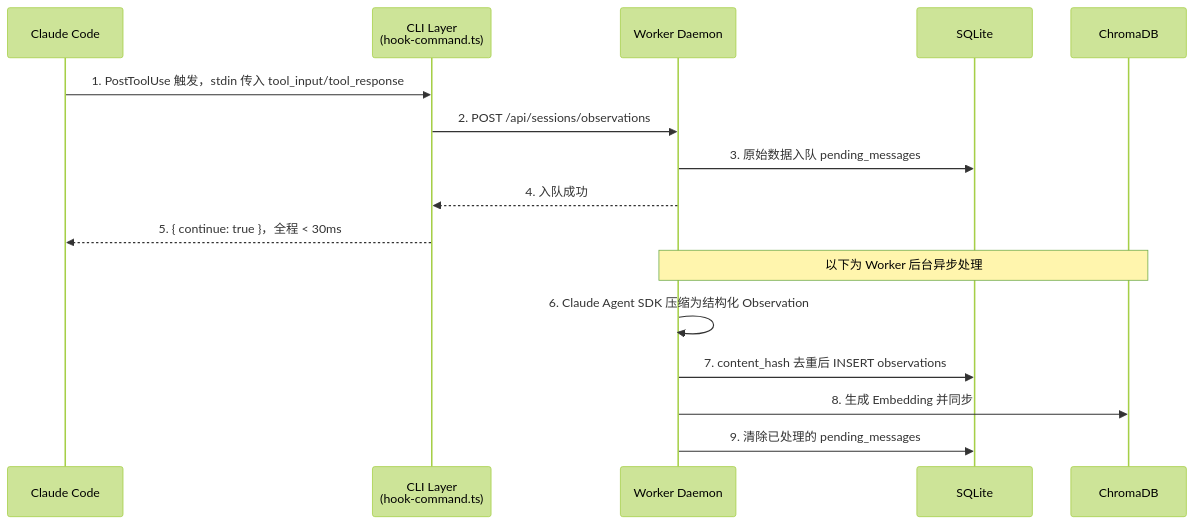
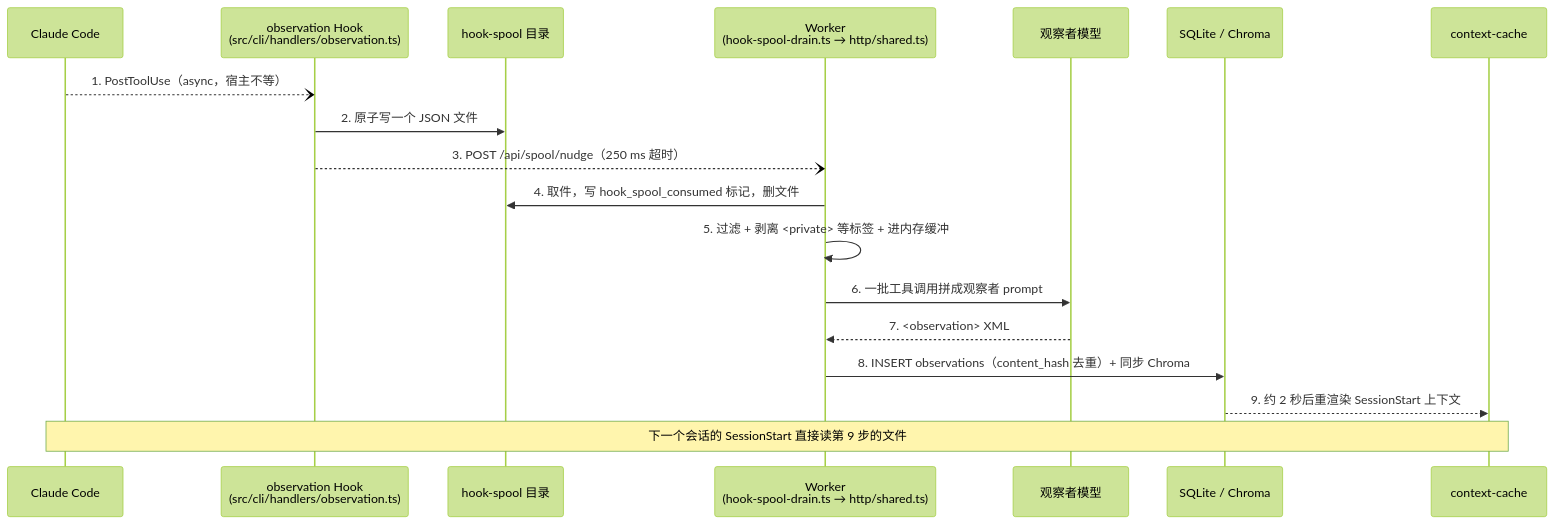
Before and after one commit to diguike/book-claude-mem: the third of 3 diagrams in 02-architecture/ch04-system-overview/README.md, drawn with Mermaid (forest theme). The commit also changed other lines of this file and 155 other files, not shown here.

````diff
--- a/02-architecture/ch04-system-overview/README.md
+++ b/02-architecture/ch04-system-overview/README.md
@@ -196,19 +252,21 @@
 ```mermaid
 sequenceDiagram
     participant CC as Claude Code
-    participant CLI as CLI Layer<br/>(hook-command.ts)
-    participant W as Worker Daemon
-    participant SQL as SQLite
-    participant CH as ChromaDB
+    participant H as observation Hook<br/>(src/cli/handlers/observation.ts)
+    participant SP as hook-spool 目录
+    participant W as Worker<br/>(hook-spool-drain.ts → http/shared.ts)
+    participant O as 观察者模型
+    participant DB as SQLite / Chroma
+    participant CX as context-cache
 
-    CC->>CLI: 1. PostToolUse 触发，stdin 传入 tool_input/tool_response
-    CLI->>W: 2. POST /api/sessions/observations
-    W->>SQL: 3. 原始数据入队 pending_messages
-    W-->>CLI: 4. 入队成功
-    CLI-->>CC: 5. { continue: true }，全程 < 30ms
-    Note over W,CH: 以下为 Worker 后台异步处理
-    W->>W: 6. Claude Agent SDK 压缩为结构化 Observation
-    W->>SQL: 7. content_hash 去重后 INSERT observations
-    W->>CH: 8. 生成 Embedding 并同步
-    W->>SQL: 9. 清除已处理的 pending_messages
+    CC--)H: 1. PostToolUse（async，宿主不等）
+    H->>SP: 2. 原子写一个 JSON 文件
+    H--)W: 3. POST /api/spool/nudge（250 ms 超时）
+    W->>SP: 4. 取件，写 hook_spool_consumed 标记，删文件
+    W->>W: 5. 过滤 + 剥离 <private> 等标签 + 进内存缓冲
+    W->>O: 6. 一批工具调用拼成观察者 prompt
+    O-->>W: 7. <observation> XML
+    W->>DB: 8. INSERT observations（content_hash 去重）+ 同步 Chroma
+    DB-->>CX: 9. 约 2 秒后重渲染 SessionStart 上下文
+    Note over CC,CX: 下一个会话的 SessionStart 直接读第 9 步的文件
 ```
````
